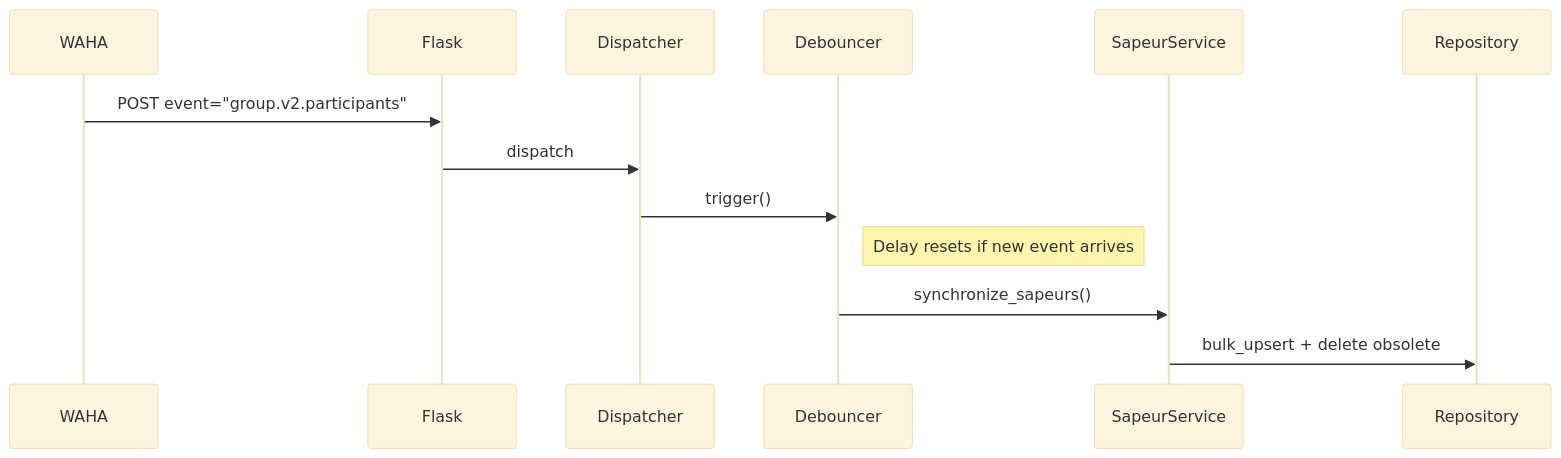
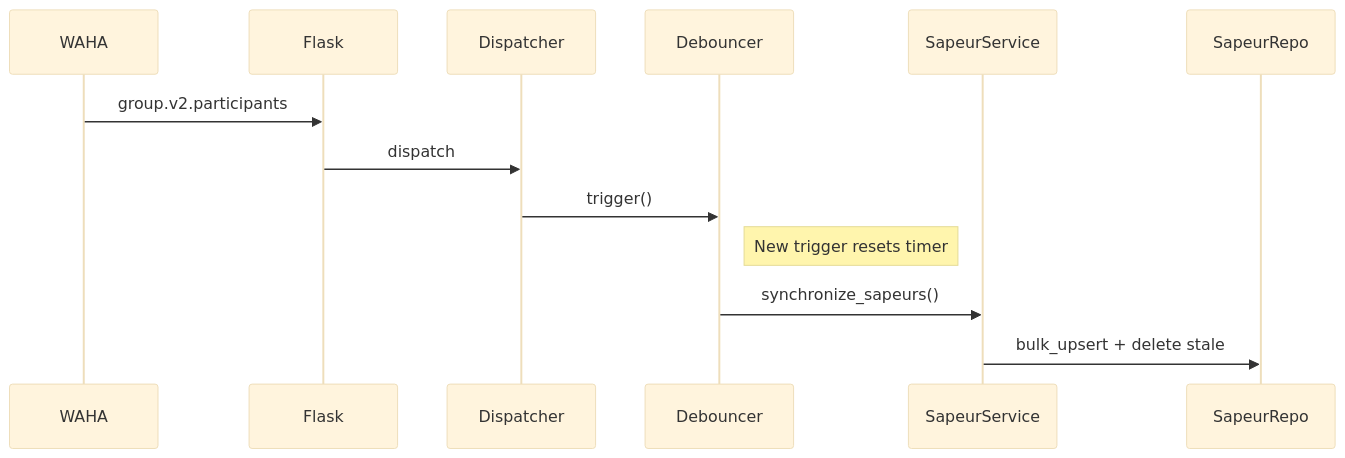
The third of 3 diagrams in README.md (Gardebot/Gardebot), drawn with Mermaid (base theme) before and after one commit. The commit also changed other lines of this file, not shown here.

````diff
--- a/README.md
+++ b/README.md
@@ -64,14 +55,9 @@
 ```mermaid
 sequenceDiagram
-    participant WAHA
-    participant Flask
-    participant Dispatcher
-    participant Debouncer
-    participant SapeurService
-    WAHA->>Flask: POST event="group.v2.participants"
+    WAHA->>Flask: group.v2.participants
     Flask->>Dispatcher: dispatch
     Dispatcher->>Debouncer: trigger()
-    Note right of Debouncer: Delay resets if new event arrives
+    Note right of Debouncer: New trigger resets timer
     Debouncer->>SapeurService: synchronize_sapeurs()
-    SapeurService->>Repository: bulk_upsert + delete obsolete
+    SapeurService->>SapeurRepo: bulk_upsert + delete stale
 ```
````
